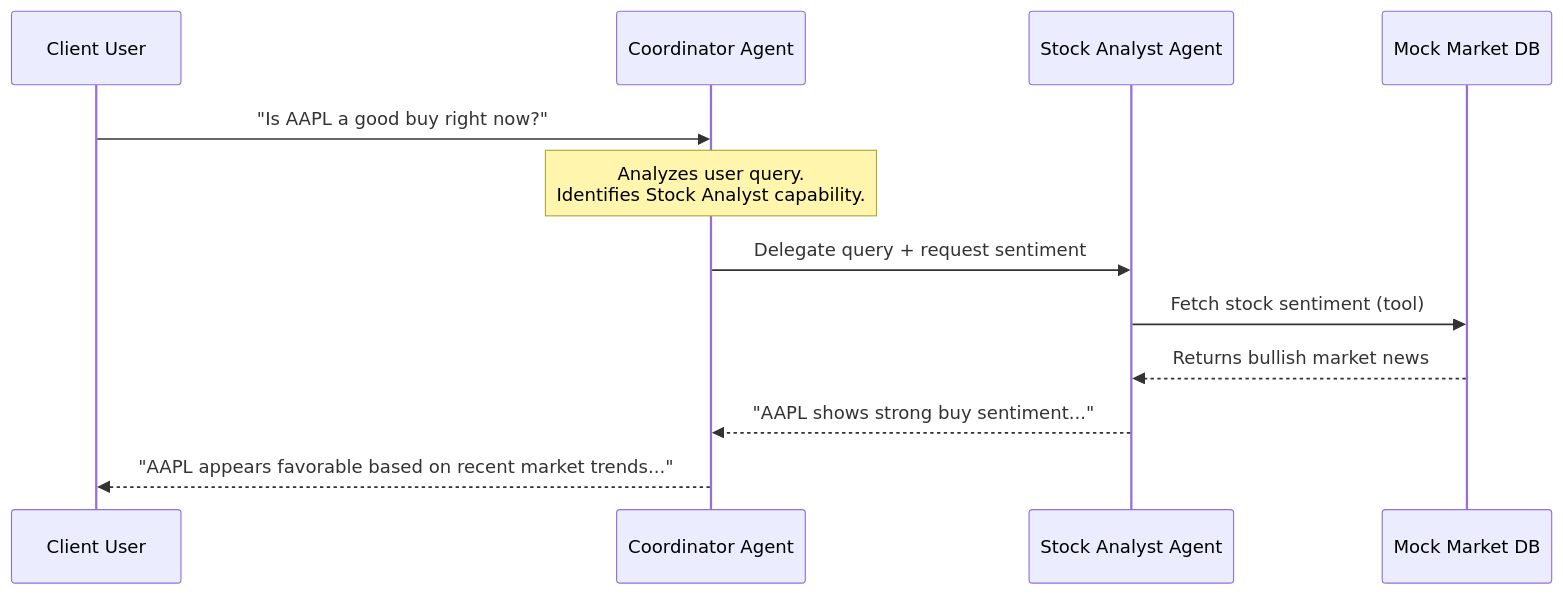
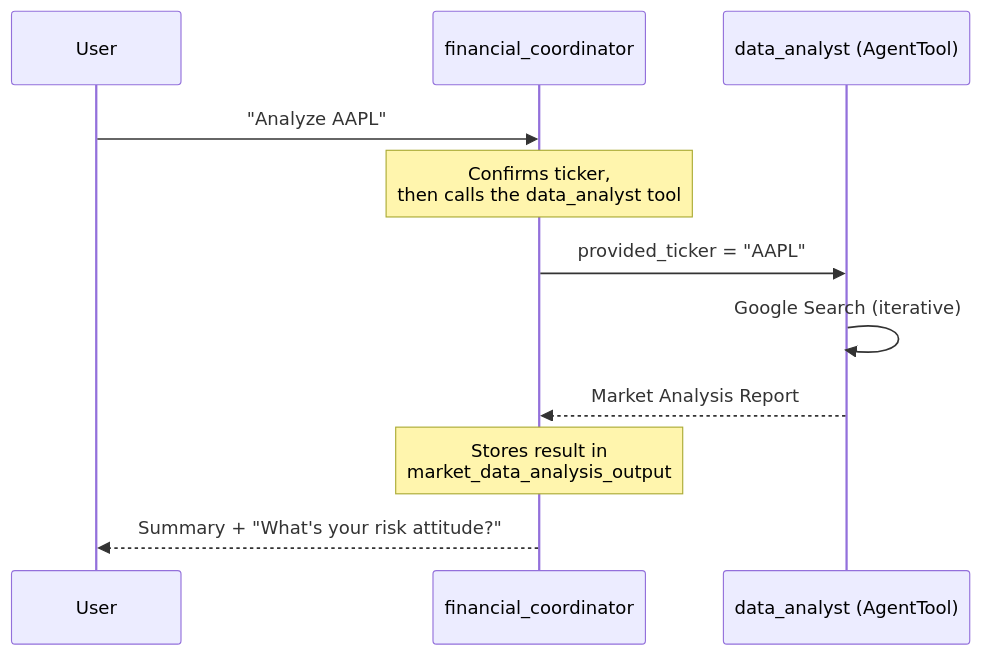
The second of 5 diagrams in public/workshops/workshop-financial-advisor.md (dambor/workshop-platform), drawn with Mermaid before and after one commit. The commit also changed other lines of this file and 3 other files, not shown here.

````diff
--- a/public/workshops/workshop-financial-advisor.md
+++ b/public/workshops/workshop-financial-advisor.md
@@ -113,15 +153,14 @@
 ```mermaid
 sequenceDiagram
-    participant User as Client User
-    participant Coord as Coordinator Agent
-    participant Analyst as Stock Analyst Agent
-    participant DB as Mock Market DB
+    participant U as User
+    participant C as financial_coordinator
+    participant D as data_analyst (AgentTool)
 
-    User->>Coord: "Is AAPL a good buy right now?"
-    Note over Coord: Analyzes user query.<br/>Identifies Stock Analyst capability.
-    Coord->>Analyst: Delegate query + request sentiment
-    Analyst->>DB: Fetch stock sentiment (tool)
-    DB-->>Analyst: Returns bullish market news
-    Analyst-->>Coord: "AAPL shows strong buy sentiment..."
-    Coord-->>User: "AAPL appears favorable based on recent market trends..."
+    U->>C: "Analyze AAPL"
+    Note over C: Confirms ticker,<br/>then calls the data_analyst tool
+    C->>D: provided_ticker = "AAPL"
+    D->>D: Google Search (iterative)
+    D-->>C: Market Analysis Report
+    Note over C: Stores result in<br/>market_data_analysis_output
+    C-->>U: Summary + "What's your risk attitude?"
 ```
````
